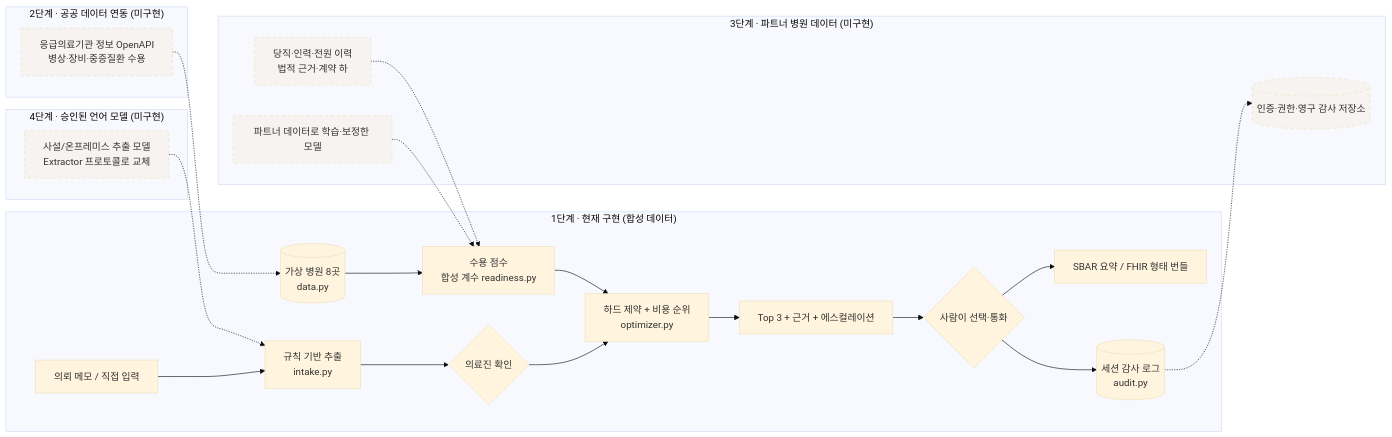
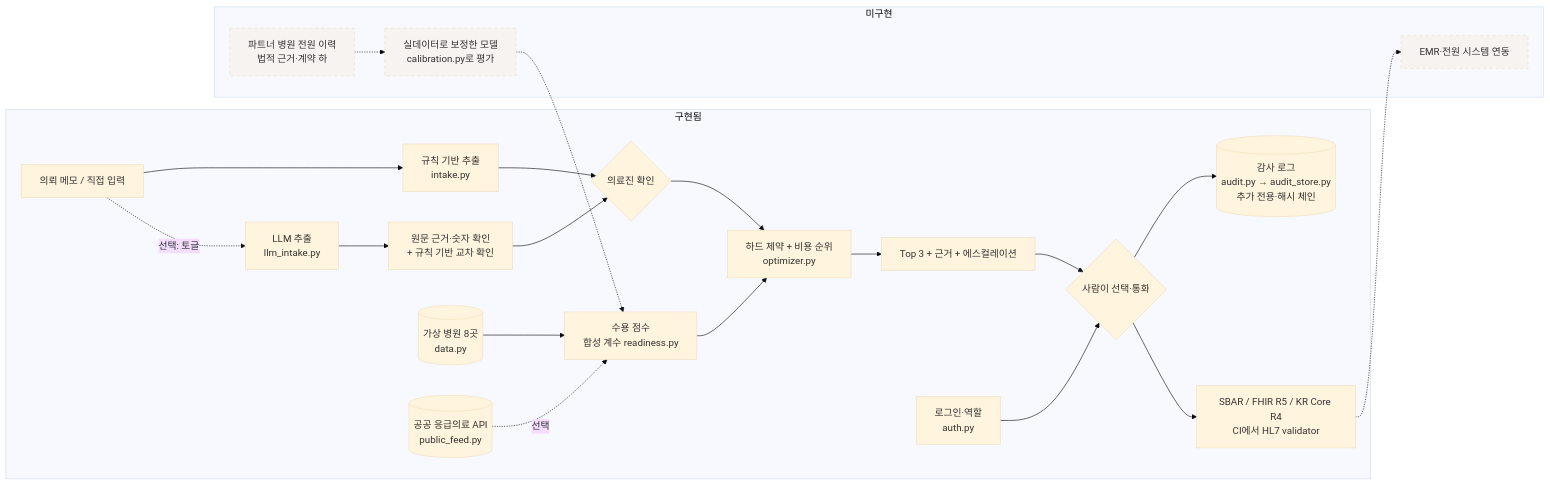
One commit to Hyeonwoo01/HERMES_NODE changed the diagram in docs/ARCHITECTURE.md. Above: the diagram before and after it, drawn with Mermaid (base theme). The commit also changed other lines of this file and 14 other files, not shown here.

````diff
--- a/docs/ARCHITECTURE.md
+++ b/docs/ARCHITECTURE.md
@@ -5,33 +6,28 @@
 ```mermaid
 flowchart LR
-    subgraph NOW["1단계 · 현재 구현 (합성 데이터)"]
+    subgraph NOW["구현됨"]
         N[의뢰 메모 / 직접 입력] --> X[규칙 기반 추출<br/>intake.py]
+        N -. 선택: 토글 .-> LX[LLM 추출<br/>llm_intake.py]
+        LX --> V[원문 근거·숫자 확인<br/>+ 규칙 기반 교차 확인]
         X --> C{의료진 확인}
+        V --> C
         C --> R[하드 제약 + 비용 순위<br/>optimizer.py]
         S[(가상 병원 8곳<br/>data.py)] --> Q[수용 점수<br/>합성 계수 readiness.py]
+        P[(공공 응급의료 API<br/>public_feed.py)] -. 선택 .-> Q
         Q --> R
         R --> U[Top 3 + 근거 + 에스컬레이션]
         U --> H{사람이 선택·통화}
-        H --> L[(세션 감사 로그<br/>audit.py)]
-        H --> B[SBAR 요약 / FHIR 형태 번들]
+        A[로그인·역할<br/>auth.py] --> H
+        H --> L[(감사 로그<br/>audit.py → audit_store.py<br/>추가 전용·해시 체인)]
+        H --> B[SBAR / FHIR R5 / KR Core R4<br/>CI에서 HL7 validator]
     end
-
-    subgraph NEXT2["2단계 · 공공 데이터 연동 (미구현)"]
-        API[응급의료기관 정보 OpenAPI<br/>병상·장비·중증질환 수용]:::todo
+    subgraph NEXT["미구현"]
+        HD[파트너 병원 전원 이력<br/>법적 근거·계약 하]:::todo
+        M[실데이터로 보정한 모델<br/>calibration.py로 평가]:::todo
+        EMR[EMR·전원 시스템 연동]:::todo
     end
-    subgraph NEXT3["3단계 · 파트너 병원 데이터 (미구현)"]
-        HD[당직·인력·전원 이력<br/>법적 근거·계약 하]:::todo
-        M[파트너 데이터로 학습·보정한 모델]:::todo
-        DB[(인증·권한·영구 감사 저장소)]:::todo
-    end
-    subgraph NEXT4["4단계 · 승인된 언어 모델 (미구현)"]
-        LLM[사설/온프레미스 추출 모델<br/>Extractor 프로토콜로 교체]:::todo
-    end
-
-    API -.-> S
-    HD -.-> Q
+    HD -.-> M
     M -.-> Q
-    LLM -.-> X
-    L -.-> DB
+    B -.-> EMR
     classDef todo stroke-dasharray: 5 5,fill:#f6f3f0
 ```
````
